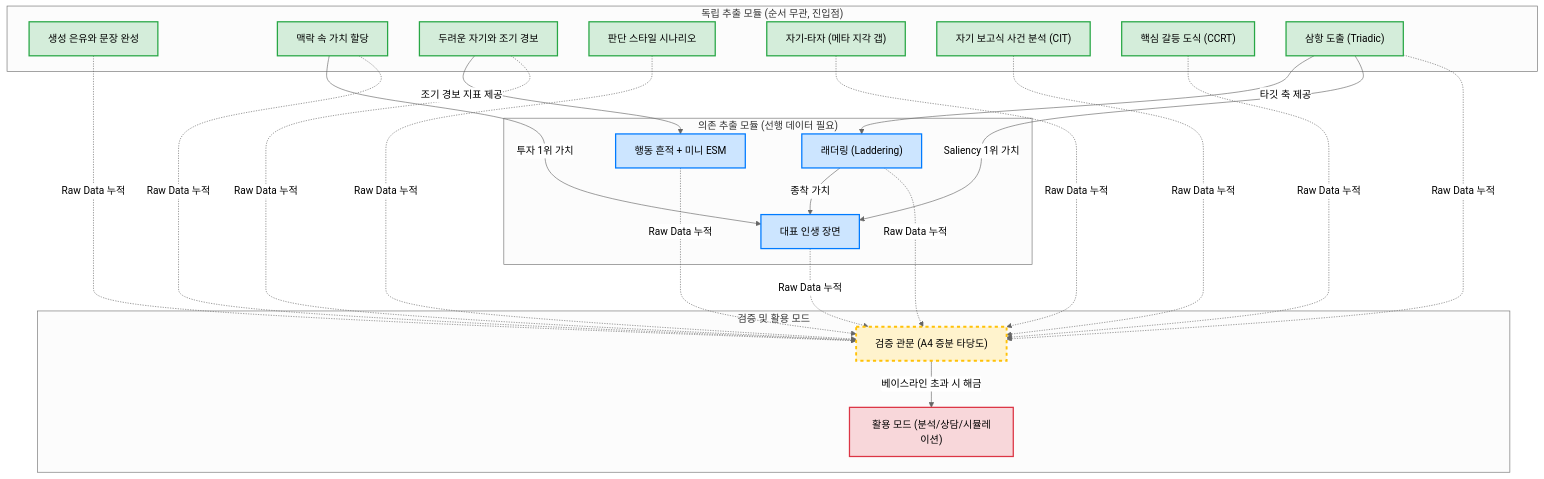
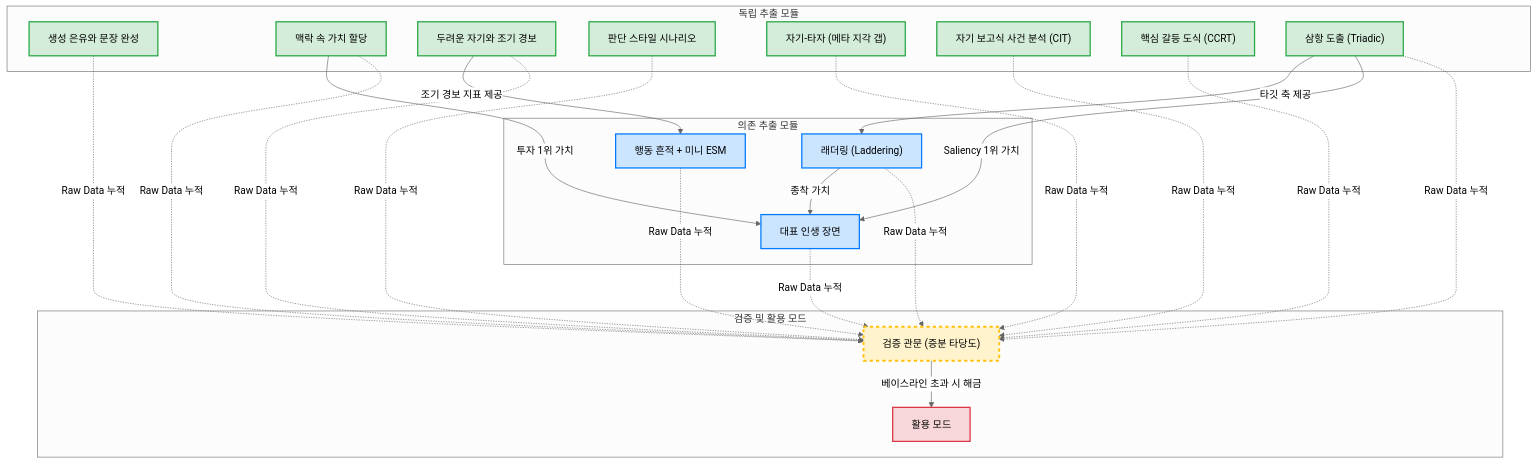
The diagram in Extracting the human mind.md (YiTanJang/extracting-the-human-mind), drawn with Mermaid (neutral theme) before and after one commit. The commit also changed other lines of this file and 28 other files, not shown here.

````diff
--- a/Extracting the human mind.md
+++ b/Extracting the human mind.md
@@ -91,44 +69,38 @@
 ```mermaid
 graph TD
-    %% Define styles
     classDef startNode fill:#d4edda,stroke:#28a745,stroke-width:2px;
     classDef depNode fill:#cce5ff,stroke:#007bff,stroke-width:2px;
     classDef verifyNode fill:#fff3cd,stroke:#ffc107,stroke-width:3px,stroke-dasharray: 5 5;
     classDef outputNode fill:#f8d7da,stroke:#dc3545,stroke-width:2px;
 
-    %% Independent Extraction Methods
-    subgraph "독립 추출 모듈 (순서 무관, 진입점)"
+    subgraph "독립 추출 모듈"
         M1["생성 은유와 문장 완성"]:::startNode
         M2["맥락 속 가치 할당"]:::startNode
         M3["두려운 자기와 조기 경보"]:::startNode
         M4["판단 스타일 시나리오"]:::startNode
         M5["자기-타자 (메타 지각 갭)"]:::startNode
         M6["자기 보고식 사건 분석 (CIT)"]:::startNode
         M7["핵심 갈등 도식 (CCRT)"]:::startNode
         M8["삼항 도출 (Triadic)"]:::startNode
     end
 
-    %% Dependent Extraction Methods
-    subgraph "의존 추출 모듈 (선행 데이터 필요)"
+    subgraph "의존 추출 모듈"
         D1["래더링 (Laddering)"]:::depNode
         D2["대표 인생 장면"]:::depNode
         D3["행동 흔적 + 미니 ESM"]:::depNode
     end
 
-    %% Verification & Output
     subgraph "검증 및 활용 모드"
-        V1["검증 관문 (A4 증분 타당도)"]:::verifyNode
-        O1["활용 모드 (분석/상담/시뮬레이션)"]:::outputNode
+        V1["검증 관문 (증분 타당도)"]:::verifyNode
+        O1["활용 모드"]:::outputNode
     end
 
-    %% Edges for Dependencies
     M8 -->|타깃 축 제공| D1
     M8 -->|Saliency 1위 가치| D2
     D1 -->|종착 가치| D2
     M2 -->|투자 1위 가치| D2
     M3 -->|조기 경보 지표 제공| D3
 
-    %% Verification Flow
     M1 & M2 & M3 & M4 & M5 & M6 & M7 & M8 & D1 & D2 & D3 -.->|Raw Data 누적| V1
     V1 -->|베이스라인 초과 시 해금| O1
 ```
````
